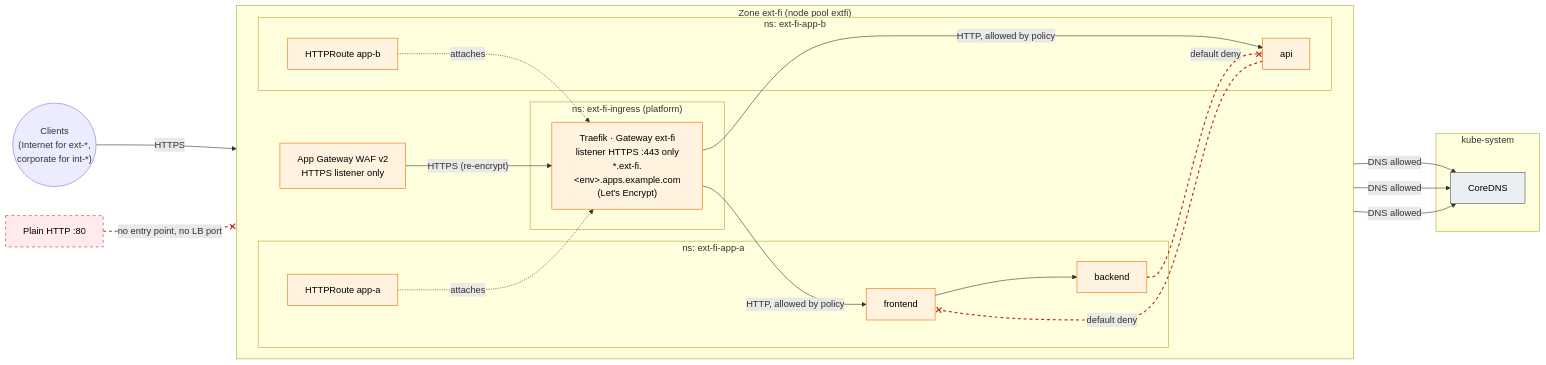
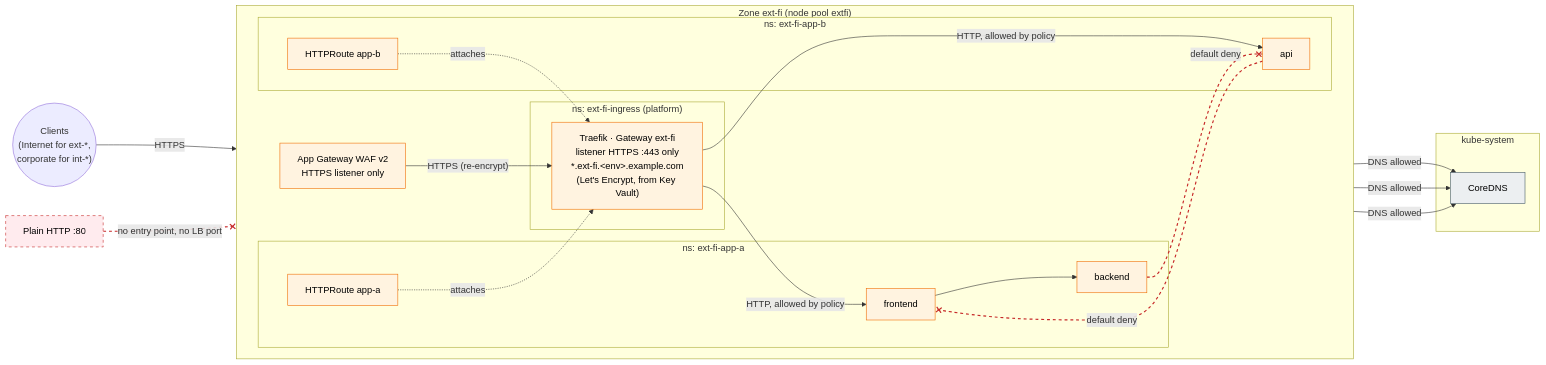
One commit to olljanat-ai/aks-design changed the diagram in diagrams/07-namespace-tenancy.mmd. Above: the diagram before and after it, drawn with Mermaid. The commit also changed 8 other files, not shown here.

First line of the commit message:
Use Azure Policy add-on for policies and distribute certificates through Key Vault

```diff
--- a/diagrams/07-namespace-tenancy.mmd
+++ b/diagrams/07-namespace-tenancy.mmd
@@ -1,44 +1,44 @@
 %% Application multi-tenancy inside one zone of a stateless cluster: namespace per application, default-deny
 %% network policies, Traefik as the zone's Gateway API implementation (HTTPS only).
 flowchart LR
     client(("Clients<br/>(Internet for ext-*,<br/>corporate for int-*)"))
 
     subgraph ZONE["Zone ext-fi (node pool extfi)"]
         direction LR
         appgw["App Gateway WAF v2<br/>HTTPS listener only"]
         subgraph ING["ns: ext-fi-ingress (platform)"]
-            ic["Traefik · Gateway ext-fi<br/>listener HTTPS :443 only<br/>*.ext-fi.&lt;env&gt;.apps.example.com<br/>(Let's Encrypt)"]
+            ic["Traefik · Gateway ext-fi<br/>listener HTTPS :443 only<br/>*.ext-fi.&lt;env&gt;.example.com<br/>(Let's Encrypt, from Key Vault)"]
         end
         subgraph A["ns: ext-fi-app-a"]
             ra["HTTPRoute app-a"]
             a1["frontend"] --> a2["backend"]
         end
         subgraph B["ns: ext-fi-app-b"]
             rb["HTTPRoute app-b"]
             b1["api"]
         end
     end
 
     subgraph SYS["kube-system"]
         dns["CoreDNS"]
     end
 
     http["Plain HTTP :80"]:::off
 
     client -->|"HTTPS"| appgw -->|"HTTPS (re-encrypt)"| ic
     ic -->|"HTTP, allowed by policy"| a1
     ic -->|"HTTP, allowed by policy"| b1
     a1 & a2 & b1 -->|"DNS allowed"| dns
     a2 -.-x|"default deny"| b1
     b1 -.-x|"default deny"| a1
     http -.-x|"no entry point, no LB port"| ic
     ra -.->|"attaches"| ic
     rb -.->|"attaches"| ic
 
     linkStyle 8,9,10 stroke:#c62828,stroke-width:2px,stroke-dasharray:5 5
 
     classDef ext fill:#fff3e0,stroke:#ef6c00,color:#000
     classDef cp fill:#eceff1,stroke:#455a64,color:#000
     classDef off fill:#ffebee,stroke:#c62828,color:#000,stroke-dasharray: 5 5
     class appgw,ic,a1,a2,b1,ra,rb ext
     class dns cp
```
